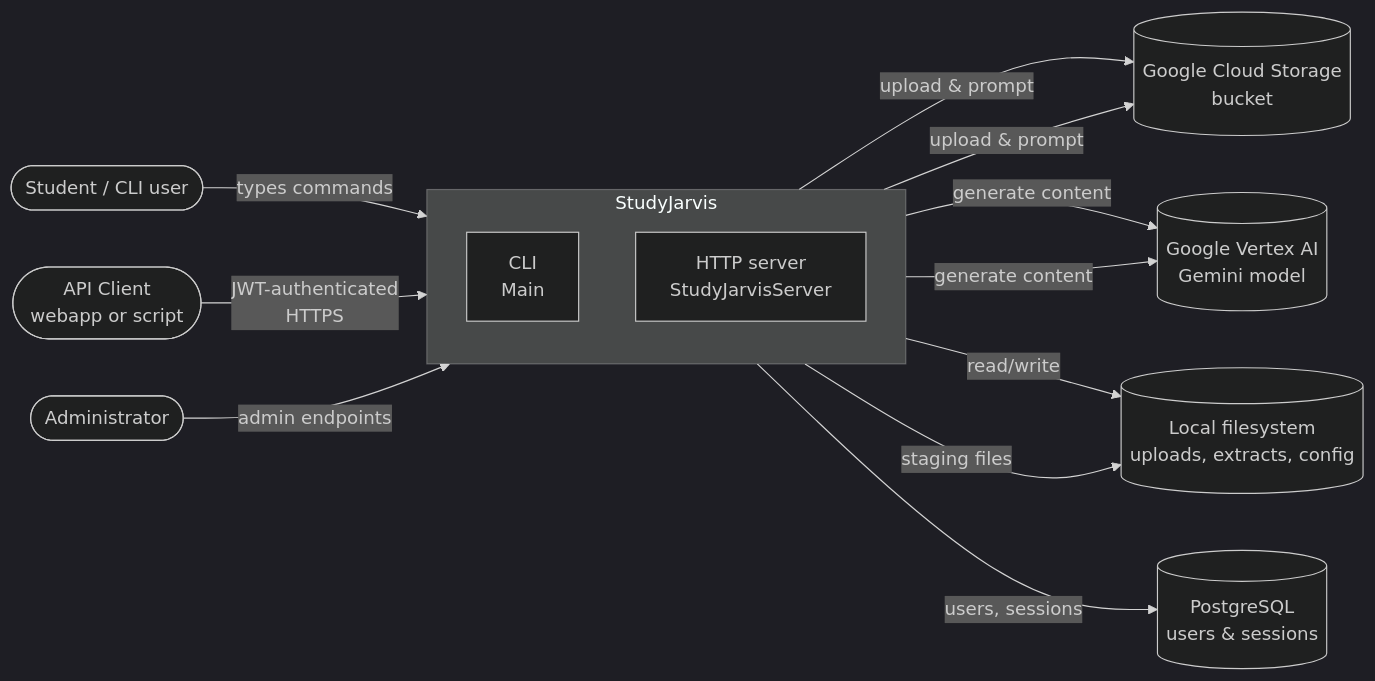
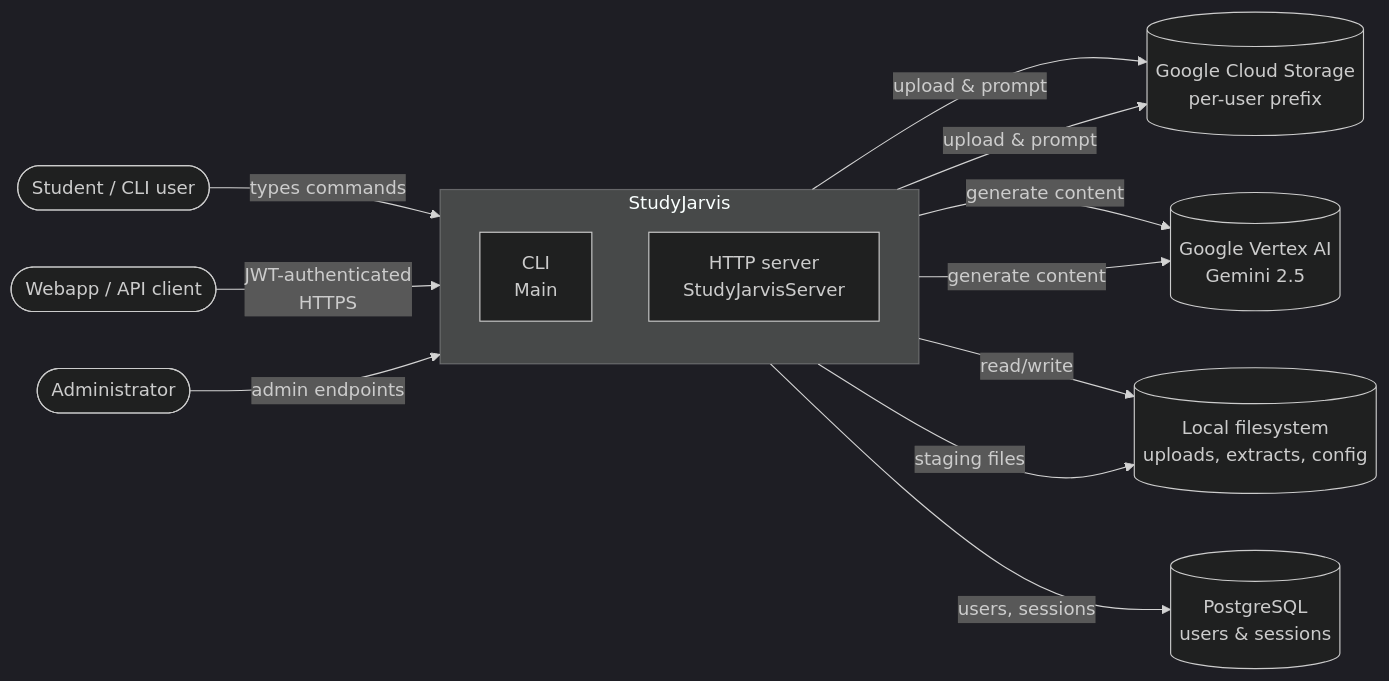
The first of 3 diagrams in README.md (chrisbarreras/studyjarvis), drawn with Mermaid (dark theme) before and after one commit. The commit also changed other lines of this file and 5 other files, not shown here.

````diff
--- a/README.md
+++ b/README.md
@@ -39,30 +30,30 @@
 ```mermaid
 flowchart LR
     student([Student / CLI user])
-    apiClient([API Client<br/>webapp or script])
+    apiClient([Webapp / API client])
     admin([Administrator])
 
     subgraph sj[StudyJarvis]
         direction TB
         cli[CLI<br/>Main]
         server[HTTP server<br/>StudyJarvisServer]
     end
 
-    gemini[(Google Vertex AI<br/>Gemini model)]
-    gcs[(Google Cloud Storage<br/>bucket)]
+    gemini[(Google Vertex AI<br/>Gemini 2.5)]
+    gcs[(Google Cloud Storage<br/>per-user prefix)]
     pg[(PostgreSQL<br/>users &amp; sessions)]
     fs[(Local filesystem<br/>uploads, extracts, config)]
 
     student -->|types commands| cli
     apiClient -->|JWT-authenticated<br/>HTTPS| server
     admin -->|admin endpoints| server
 
     cli -->|upload &amp; prompt| gcs
     cli -->|generate content| gemini
     cli -->|read/write| fs
 
     server -->|upload &amp; prompt| gcs
     server -->|generate content| gemini
     server -->|users, sessions| pg
     server -->|staging files| fs
 ```
````
